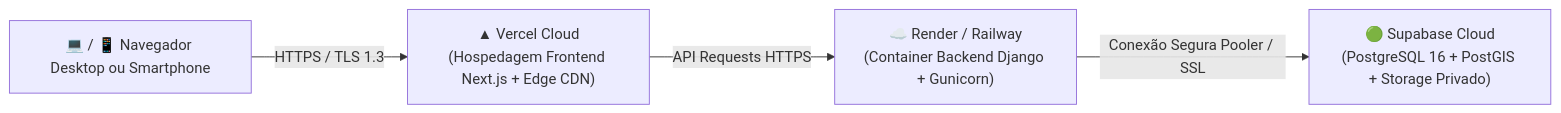
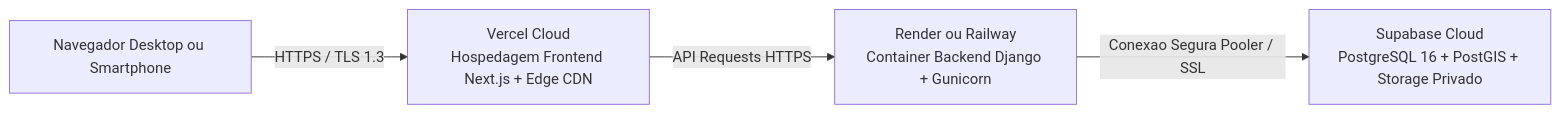
Before and after one commit to projeto-extensionista-11/Sistema-de-Gest-o-de-Vagas-e-Adapta-o-de-Transporte-Escolar-Inclusivo: the fourth of 4 diagrams in docs/ADR-arquitetura.md, drawn with Mermaid. The commit also changed other lines of this file and 2 other files, not shown here.

Commit message:
fix(docs): quote Mermaid edge labels and use br tags for GitHub rendering

````diff
--- a/docs/ADR-arquitetura.md
+++ b/docs/ADR-arquitetura.md
@@ -130,11 +130,11 @@
 ```mermaid
 flowchart LR
-    UserDevice["💻 / 📱 Navegador Desktop ou Smartphone"]
-    Vercel["▲ Vercel Cloud\n(Hospedagem Frontend Next.js + Edge CDN)"]
-    Render["☁️ Render / Railway\n(Container Backend Django + Gunicorn)"]
-    SupabaseCloud["🟢 Supabase Cloud\n(PostgreSQL 16 + PostGIS + Storage Privado)"]
+    UserDevice["Navegador Desktop ou Smartphone"]
+    Vercel["Vercel Cloud<br/>Hospedagem Frontend Next.js + Edge CDN"]
+    Render["Render ou Railway<br/>Container Backend Django + Gunicorn"]
+    SupabaseCloud["Supabase Cloud<br/>PostgreSQL 16 + PostGIS + Storage Privado"]
 
-    UserDevice -->|HTTPS / TLS 1.3| Vercel
-    Vercel -->|API Requests HTTPS| Render
-    Render -->|Conexão Segura Pooler / SSL| SupabaseCloud
+    UserDevice -->|"HTTPS / TLS 1.3"| Vercel
+    Vercel -->|"API Requests HTTPS"| Render
+    Render -->|"Conexao Segura Pooler / SSL"| SupabaseCloud
 ```
````
